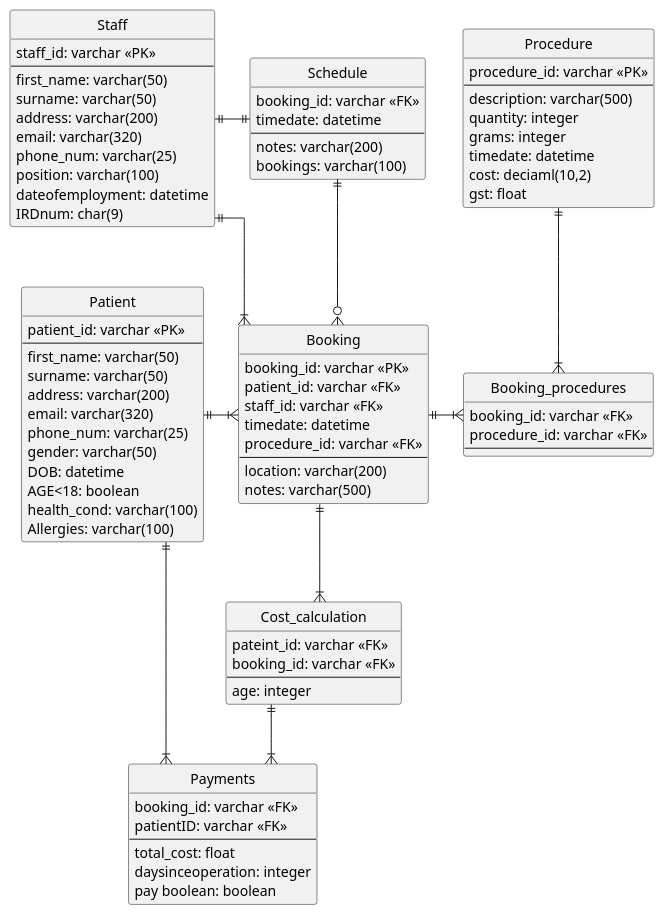
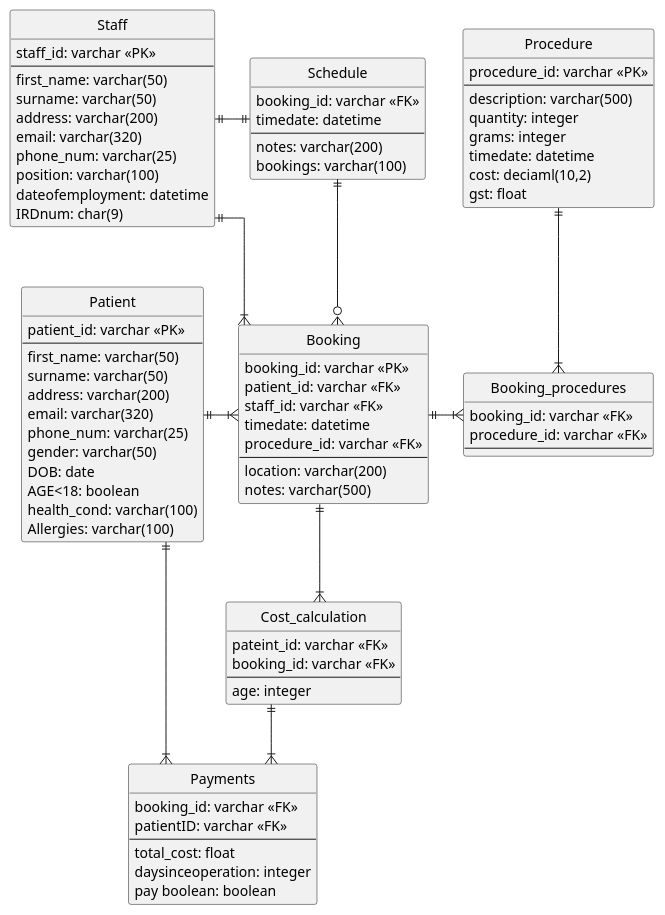
One commit to yosyu218/COSC344 changed the diagram in ERD.puml. Above: the diagram before and after it, drawn with PlantUML.

Commit message:
changed dob to date type instead of datetime

```diff
--- a/ERD.puml
+++ b/ERD.puml
@@ -1,97 +1,97 @@
 @startuml
 skinparam Style StrictUML
 skinparam Linetype ortho 
 
 
 
 entity "Patient" as patient {
     patient_id: varchar <<PK>>
     --
     first_name: varchar(50)
     surname: varchar(50)
     address: varchar(200)
     email: varchar(320)
     phone_num: varchar(25)
     gender: varchar(50)
-    DOB: datetime
+    DOB: date
     AGE<18: boolean
     health_cond: varchar(100)
     Allergies: varchar(100)
 }
 
 entity "Staff" as staff {
     staff_id: varchar <<PK>>
     --
     first_name: varchar(50)
     surname: varchar(50)
     address: varchar(200) 
     email: varchar(320)
     phone_num: varchar(25)
     position: varchar(100)
     dateofemployment: datetime
     IRDnum: char(9)
     ' IRDnum is either 8 or 9 digits however, if its 8 an 0 is added at the front making it a 9 digit number
 }
 
 entity "Booking" as booking {
     booking_id: varchar <<PK>>
     patient_id: varchar <<FK>>
     staff_id: varchar <<FK>>
     timedate: datetime
     procedure_id: varchar <<FK>>
     --
     location: varchar(200)
     notes: varchar(500)
 }
 
 entity "Procedure" as procedure {
     procedure_id: varchar <<PK>>
     --
     description: varchar(500)
     quantity: integer
     grams: integer
     timedate: datetime
     ' timedate to roughly know how long each procedure takes
     cost: deciaml(10,2)
     gst: float
 }
 
 entity "Booking_procedures" as booking_procedures{
     booking_id: varchar <<FK>>
     procedure_id: varchar <<FK>>
     --
 }
 
 entity "Schedule" as schedule {
     booking_id: varchar <<FK>>
     timedate: datetime
     --
     notes: varchar(200)
     bookings: varchar(100)
 }
 
 entity "Payments" as payments {
     booking_id: varchar <<FK>>
     patientID: varchar <<FK>>
     --
     total_cost: float
     daysinceoperation: integer
     pay boolean: boolean
 }
 
 entity "Cost_calculation" as cost_calculation {
     pateint_id: varchar <<FK>>
     booking_id: varchar <<FK>>
     --
     age: integer
 }
 patient ||-|{ booking
 staff ||--|{ booking
 booking ||-|{ booking_procedures
 procedure ||--|{ booking_procedures
 schedule ||-o{ booking
 staff ||-|| schedule
 booking ||--|{cost_calculation
 cost_calculation ||--|{ payments
 patient ||-|{ payments
 @enduml
```
